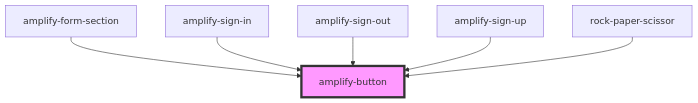
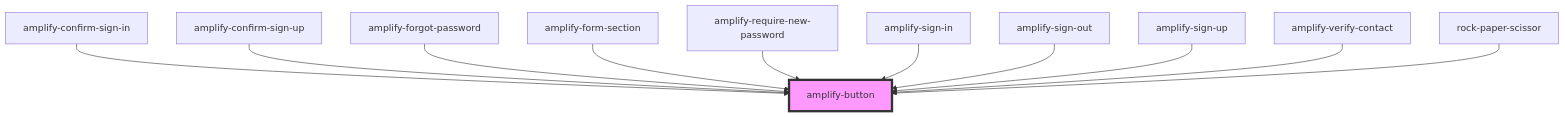
Before and after one commit to OneDev0411/amplify-js: the diagram in packages/amplify-ui-components/src/components/amplify-button/readme.md, drawn with Mermaid. The commit also changed other lines of this file and 27 other files, not shown here.

````diff
--- a/packages/amplify-ui-components/src/components/amplify-button/readme.md
+++ b/packages/amplify-ui-components/src/components/amplify-button/readme.md
@@ -26,9 +32,14 @@
 ```mermaid
 graph TD;
+  amplify-confirm-sign-in --> amplify-button
+  amplify-confirm-sign-up --> amplify-button
+  amplify-forgot-password --> amplify-button
   amplify-form-section --> amplify-button
+  amplify-require-new-password --> amplify-button
   amplify-sign-in --> amplify-button
   amplify-sign-out --> amplify-button
   amplify-sign-up --> amplify-button
+  amplify-verify-contact --> amplify-button
   rock-paper-scissor --> amplify-button
   style amplify-button fill:#f9f,stroke:#333,stroke-width:4px
 ```
````
